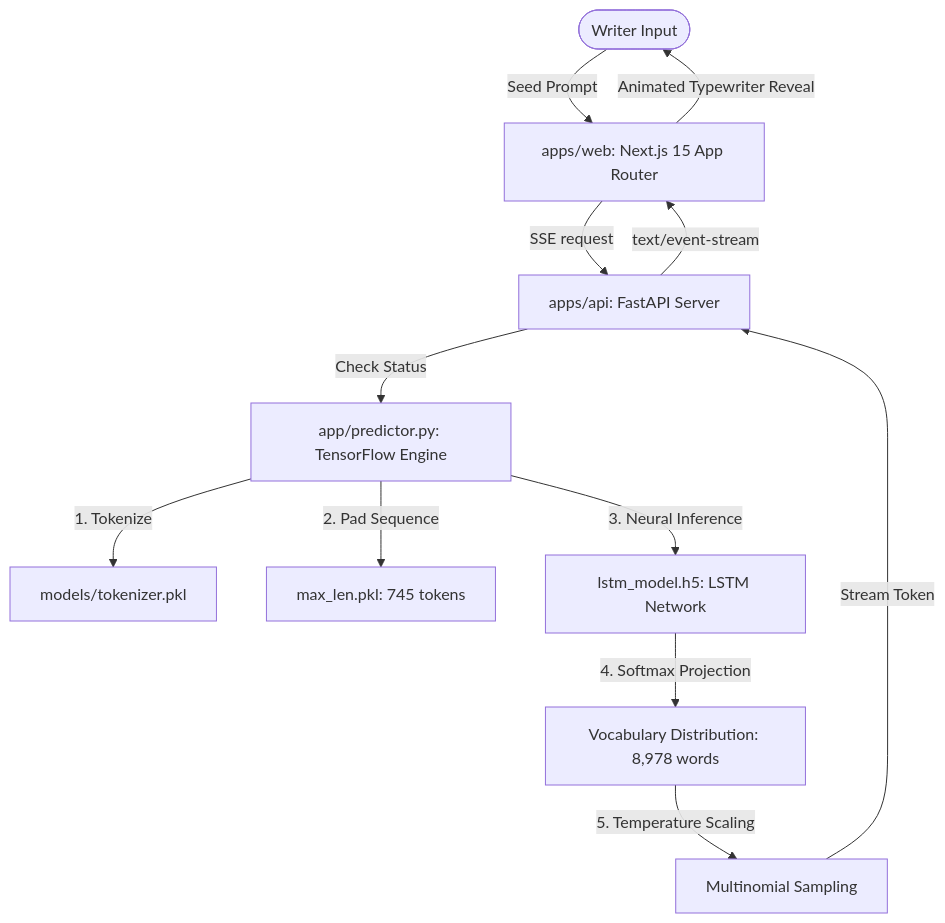
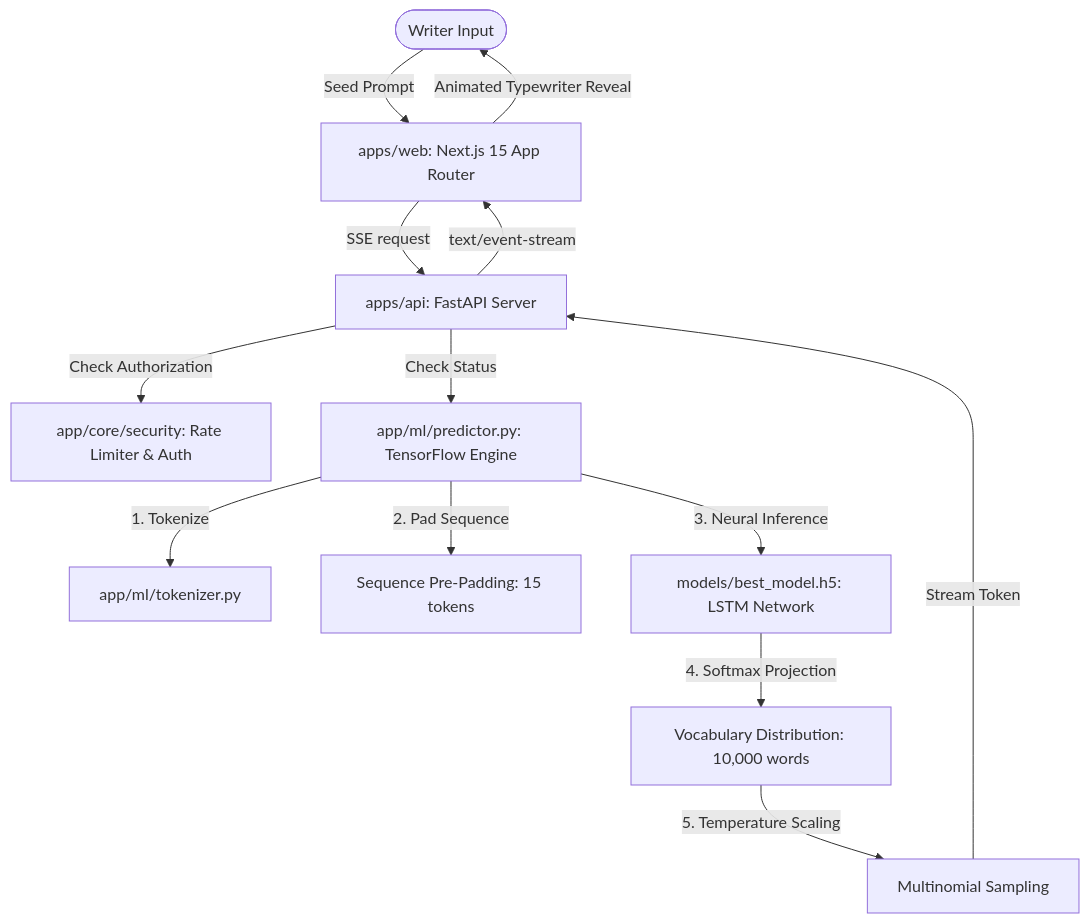
The diagram in README.md (Amansoni045/Verra), drawn with Mermaid before and after one commit. The commit also changed other lines of this file and 47 other files, not shown here.

Commit message:
initialize backend architecture with database, ML service, and health monitoring routes

````diff
--- a/README.md
+++ b/README.md
@@ -5,14 +5,15 @@
 ```mermaid
 graph TD
     User([Writer Input]) -->|Seed Prompt| NextApp[apps/web: Next.js 15 App Router]
     NextApp -->|SSE request| FastAPI[apps/api: FastAPI Server]
-    FastAPI -->|Check Status| ModelEngine[app/predictor.py: TensorFlow Engine]
-    ModelEngine -->|1. Tokenize| Tokenizer[models/tokenizer.pkl]
-    ModelEngine -->|2. Pad Sequence| Padding[max_len.pkl: 745 tokens]
-    ModelEngine -->|3. Neural Inference| LSTM[lstm_model.h5: LSTM Network]
-    LSTM -->|4. Softmax Projection| Dense[Vocabulary Distribution: 8,978 words]
+    FastAPI -->|Check Authorization| Security[app/core/security: Rate Limiter & Auth]
+    FastAPI -->|Check Status| ModelEngine[app/ml/predictor.py: TensorFlow Engine]
+    ModelEngine -->|1. Tokenize| Tokenizer[app/ml/tokenizer.py]
+    ModelEngine -->|2. Pad Sequence| Padding[Sequence Pre-Padding: 15 tokens]
+    ModelEngine -->|3. Neural Inference| LSTM[models/best_model.h5: LSTM Network]
+    LSTM -->|4. Softmax Projection| Dense[Vocabulary Distribution: 10,000 words]
     Dense -->|5. Temperature Scaling| Sample[Multinomial Sampling]
     Sample -->|Stream Token| FastAPI
     FastAPI -->|text/event-stream| NextApp
     NextApp -->|Animated Typewriter Reveal| User
 ```
````
